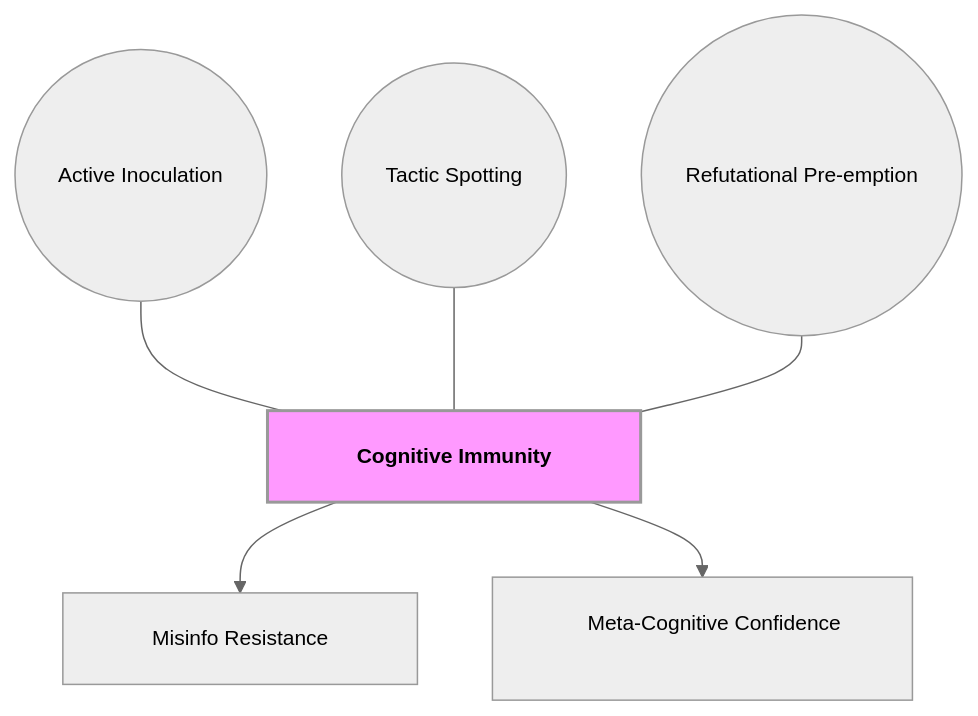
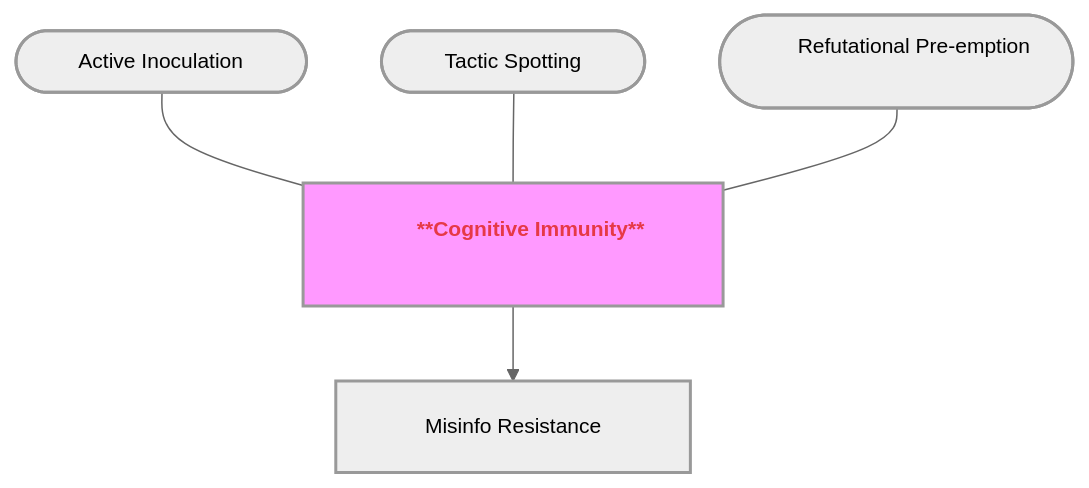
The eighth of 8 diagrams in Communication_Influence/Mastery_Guide_SOW_BS033.md (GM024/CourseSummaries), drawn with Mermaid before and after one commit. The commit also changed other lines of this file, not shown here.

Commit message:
Final Structural Overhaul: GitHub-optimized diagrams, red-bold verbatim nodes, and 150w+ descriptive APA notes

````diff
--- a/Communication_Influence/Mastery_Guide_SOW_BS033.md
+++ b/Communication_Influence/Mastery_Guide_SOW_BS033.md
@@ -283,14 +269,14 @@
 ```mermaid
 %%{init: { 'flowchart': { 'padding': 20, 'nodeSpacing': 50, 'rankSpacing': 50, 'useMaxWidth': false }, 'theme': 'neutral', 'themeVariables': { 'fontSize': '14px' }}}%%
 graph TD
-    Hub["&nbsp;&nbsp;&nbsp;&nbsp; Cognitive Immunity &nbsp;&nbsp;&nbsp;&nbsp;"]:::hubNode
+    Hub["&nbsp;&nbsp;&nbsp;&nbsp;&nbsp;&nbsp; <span style='color:#e63946'>**Cognitive Immunity**</span> &nbsp;&nbsp;&nbsp;&nbsp;&nbsp;&nbsp;"]:::hubNode
     
-    S1(("&nbsp;&nbsp;&nbsp;&nbsp; Active Inoculation &nbsp;&nbsp;&nbsp;&nbsp;")) --- Hub
-    S2(("&nbsp;&nbsp;&nbsp;&nbsp; Tactic Spotting &nbsp;&nbsp;&nbsp;&nbsp;")) --- Hub
-    S3(("&nbsp;&nbsp;&nbsp;&nbsp; Refutational Pre-emption &nbsp;&nbsp;&nbsp;&nbsp;")) --- Hub
+    S1(["&nbsp;&nbsp;&nbsp;&nbsp;&nbsp;&nbsp; Active Inoculation &nbsp;&nbsp;&nbsp;&nbsp;&nbsp;&nbsp;"]) --- Hub
+    S2(["&nbsp;&nbsp;&nbsp;&nbsp;&nbsp;&nbsp; Tactic Spotting &nbsp;&nbsp;&nbsp;&nbsp;&nbsp;&nbsp;"]) --- Hub
+    S3(["&nbsp;&nbsp;&nbsp;&nbsp;&nbsp;&nbsp; Refutational Pre-emption &nbsp;&nbsp;&nbsp;&nbsp;&nbsp;&nbsp;"]) --- Hub
     
     Hub --> B1["&nbsp;&nbsp;&nbsp;&nbsp; Misinfo Resistance &nbsp;&nbsp;&nbsp;&nbsp;"]
-    Hub --> B2["&nbsp;&nbsp;&nbsp;&nbsp; Meta-Cognitive Confidence &nbsp;&nbsp;&nbsp;&nbsp;"]
     
     classDef hubNode font-weight:bold,stroke-width:2px,fill:#f9f;
+    classDef default stroke-width:2px;
 ```
````
